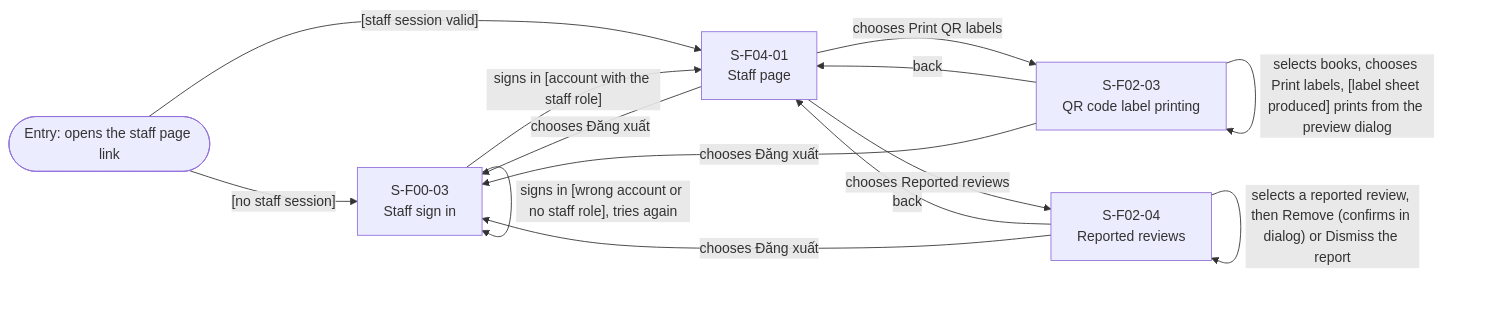
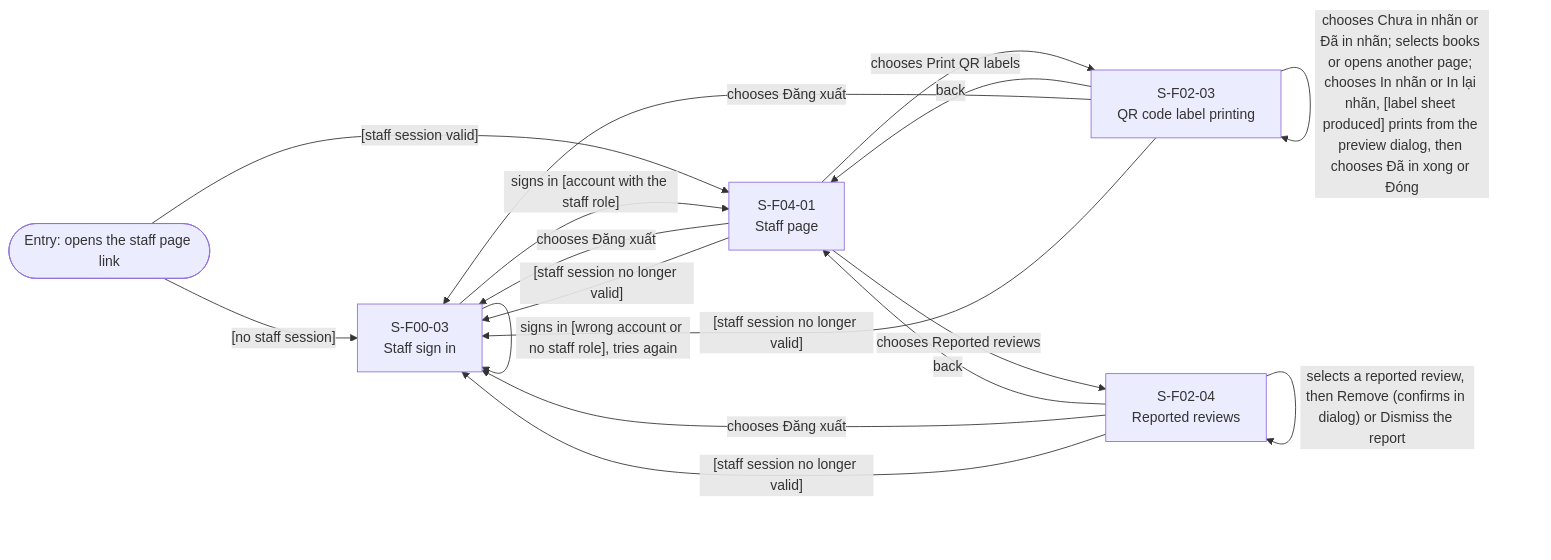
The second of 2 diagrams in [DBIZ 2] GROUP H/EXTERNAL DESIGN/screen-transition.md (chihvcte-beep/dbiz2-group-h), drawn with Mermaid before and after one commit. The commit also changed other lines of this file and 453 other files, not shown here.

First line of the commit message:
Align diagrams, specs, wireframes and workbook after the 23/11 review

````diff
--- a/[DBIZ 2] GROUP H/EXTERNAL DESIGN/screen-transition.md
+++ b/[DBIZ 2] GROUP H/EXTERNAL DESIGN/screen-transition.md
@@ -124,22 +129,25 @@
 ```mermaid
 flowchart LR
   eStaff(["Entry: opens the staff page link"])
   S00_03["S-F00-03<br>Staff sign in"]
   S04_01["S-F04-01<br>Staff page"]
   S02_03["S-F02-03<br>QR code label printing"]
   S02_04["S-F02-04<br>Reported reviews"]
 
   eStaff -->|"[no staff session]"| S00_03
   eStaff -->|"[staff session valid]"| S04_01
   S00_03 -->|"signs in [wrong account or no staff role], tries again"| S00_03
   S00_03 -->|"signs in [account with the staff role]"| S04_01
   S04_01 -->|"chooses Print QR labels"| S02_03
-  S02_03 -->|"selects books, chooses Print labels, [label sheet produced] prints from the preview dialog"| S02_03
+  S02_03 -->|"chooses Chưa in nhãn or Đã in nhãn; selects books or opens another page; chooses In nhãn or In lại nhãn, [label sheet produced] prints from the preview dialog, then chooses Đã in xong or Đóng"| S02_03
   S02_03 -->|"back"| S04_01
   S04_01 -->|"chooses Reported reviews"| S02_04
   S02_04 -->|"selects a reported review, then Remove (confirms in dialog) or Dismiss the report"| S02_04
   S02_04 -->|"back"| S04_01
   S04_01 -->|"chooses Đăng xuất"| S00_03
   S02_03 -->|"chooses Đăng xuất"| S00_03
   S02_04 -->|"chooses Đăng xuất"| S00_03
+  S04_01 -->|"[staff session no longer valid]"| S00_03
+  S02_03 -->|"[staff session no longer valid]"| S00_03
+  S02_04 -->|"[staff session no longer valid]"| S00_03
 ```
````
